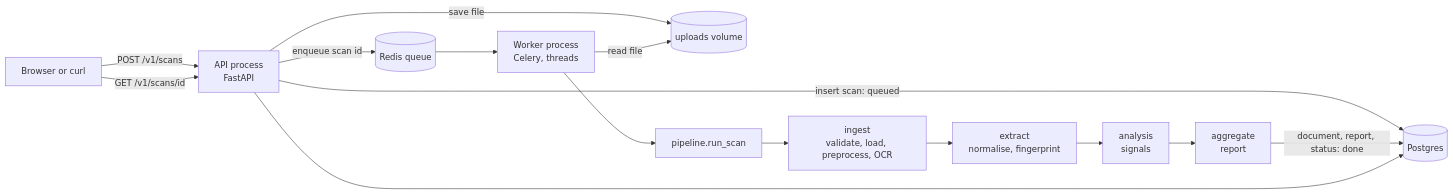
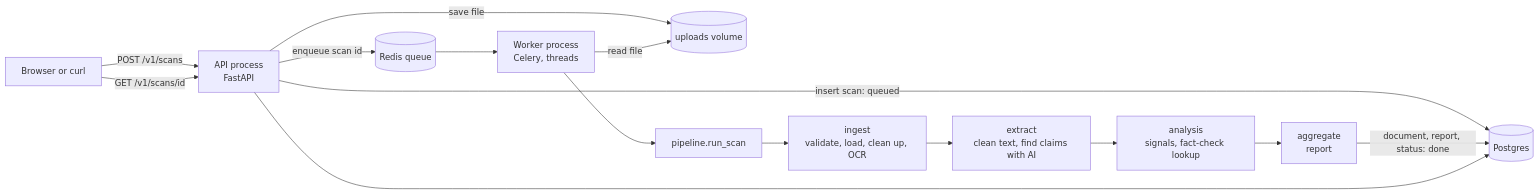
Before and after one commit to Susan-hue/newsscan: the diagram in docs/architecture.md, drawn with Mermaid. The commit also changed other lines of this file and 81 other files, not shown here.

````diff
--- a/docs/architecture.md
+++ b/docs/architecture.md
@@ -8,16 +8,16 @@
 ```mermaid
 flowchart LR
   U[Browser or curl] -->|POST /v1/scans| API[API process<br/>FastAPI]
   API -->|save file| FS[(uploads volume)]
   API -->|insert scan: queued| PG[(Postgres)]
   API -->|enqueue scan id| R[(Redis queue)]
   R --> W[Worker process<br/>Celery, threads]
   W -->|read file| FS
   W --> P[pipeline.run_scan]
-  P --> I[ingest<br/>validate, load, preprocess, OCR]
-  I --> E[extract<br/>normalise, fingerprint]
-  E --> A[analysis<br/>signals]
+  P --> I[ingest<br/>validate, load, clean up, OCR]
+  I --> E[extract<br/>clean text, find claims with AI]
+  E --> A[analysis<br/>signals, fact-check lookup]
   A --> G[aggregate<br/>report]
   G -->|document, report, status: done| PG
   U -->|GET /v1/scans/id| API --> PG
 ```
````
